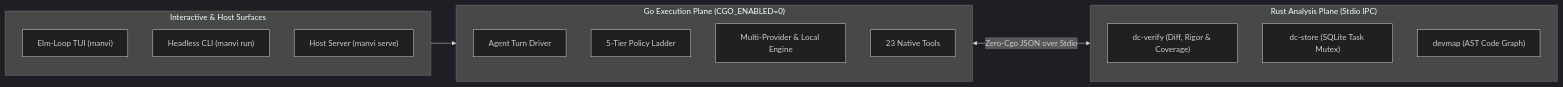
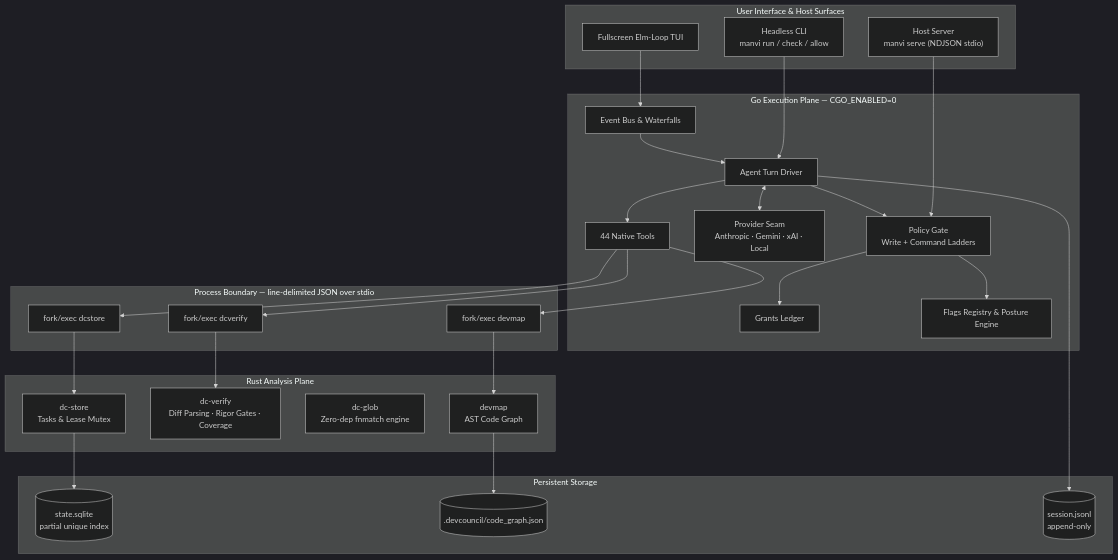
One commit to bharathvbcr/Manvi changed the first of 9 diagrams in README.md. Above: the diagram before and after it, drawn with Mermaid (dark theme). The commit also changed other lines of this file and 70 other files, not shown here.

````diff
--- a/README.md
+++ b/README.md
@@ -67,24 +29,54 @@
 ```mermaid
-flowchart LR
-    subgraph UI["Interactive & Host Surfaces"]
-        TUI["Elm-Loop TUI (manvi)"]
-        CLI["Headless CLI (manvi run)"]
-        Serve["Host Server (manvi serve)"]
+flowchart TB
+    subgraph UI["User Interface & Host Surfaces"]
+        TUI["Fullscreen Elm-Loop TUI"]
+        CLI["Headless CLI<br/>manvi run / check / allow"]
+        Serve["Host Server<br/>manvi serve (NDJSON stdio)"]
     end
 
-    subgraph GoPlane["Go Execution Plane (CGO_ENABLED=0)"]
-        Agent["Agent Turn Driver"]
-        Gate["5-Tier Policy Ladder"]
-        LLM["Multi-Provider & Local Engine"]
-        Tools["23 Native Tools"]
+    subgraph GoPlane["Go Execution Plane — CGO_ENABLED=0"]
+        Bus["Event Bus & Waterfalls"]
+        AgentLoop["Agent Turn Driver"]
+        Gate["Policy Gate<br/>Write + Command Ladders"]
+        Grants["Grants Ledger"]
+        Registry["Flags Registry & Posture Engine"]
+        Providers["Provider Seam<br/>Anthropic · Gemini · xAI · Local"]
+        Tools["44 Native Tools"]
     end
 
-    subgraph RustPlane["Rust Analysis Plane (Stdio IPC)"]
-        Verify["dc-verify (Diff, Rigor & Coverage)"]
-        Store["dc-store (SQLite Task Mutex)"]
-        Map["devmap (AST Code Graph)"]
+    subgraph Boundary["Process Boundary — line-delimited JSON over stdio"]
+        P1["fork/exec dcstore"]
+        P2["fork/exec dcverify"]
+        P3["fork/exec devmap"]
     end
 
-    UI --> GoPlane
-    GoPlane <-->|"Zero-Cgo JSON over Stdio"| RustPlane
+    subgraph RustPlane["Rust Analysis Plane"]
+        DCStore["dc-store<br/>Tasks & Lease Mutex"]
+        DCVerify["dc-verify<br/>Diff Parsing · Rigor Gates · Coverage"]
+        DCGlob["dc-glob<br/>Zero-dep fnmatch engine"]
+        DevMap["devmap<br/>AST Code Graph"]
+    end
+
+    subgraph Storage["Persistent Storage"]
+        SQLite[("state.sqlite<br/>partial unique index")]
+        CodeGraph[(".devcouncil/code_graph.json")]
+        SessionLog[("session.jsonl<br/>append-only")]
+    end
+
+    TUI --> Bus
+    CLI --> AgentLoop
+    Serve --> Gate
+    Bus --> AgentLoop
+    AgentLoop --> Gate
+    Gate --> Grants
+    Gate --> Registry
+    AgentLoop <--> Providers
+    AgentLoop --> Tools
+    AgentLoop --> SessionLog
+    Tools --> P1 & P2 & P3
+    P1 --> DCStore
+    P2 --> DCVerify
+    P3 --> DevMap
+    DCStore --> SQLite
+    DevMap --> CodeGraph
 ```
````
